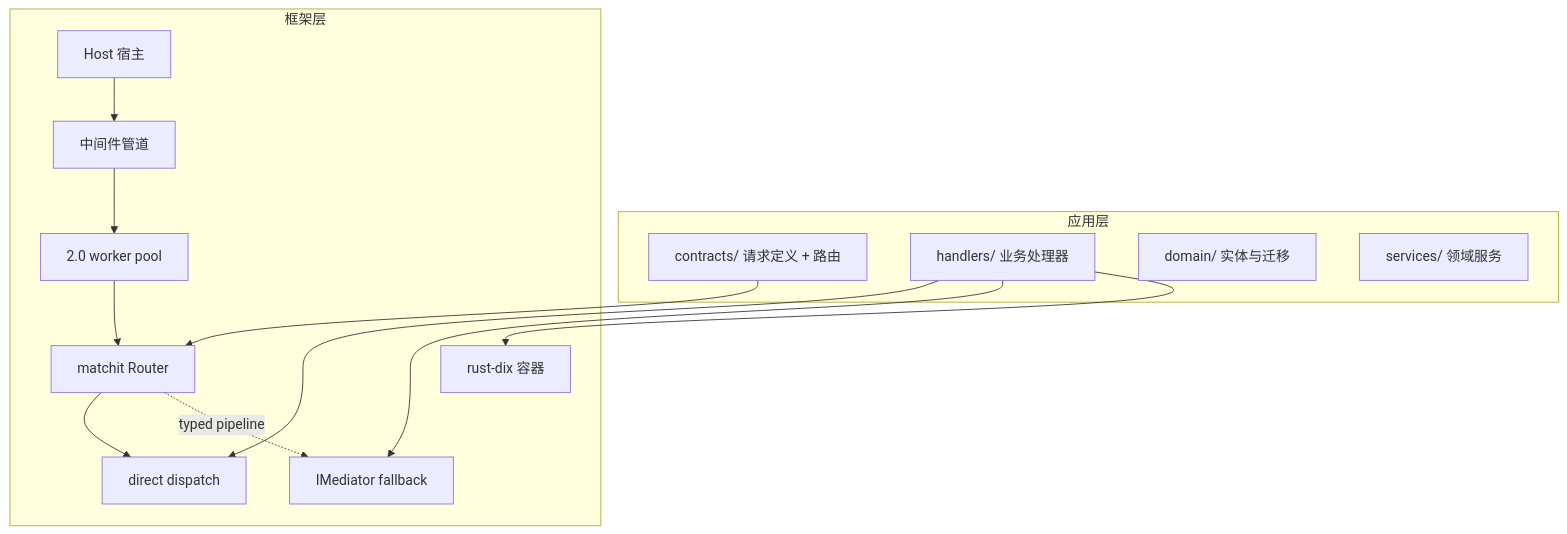
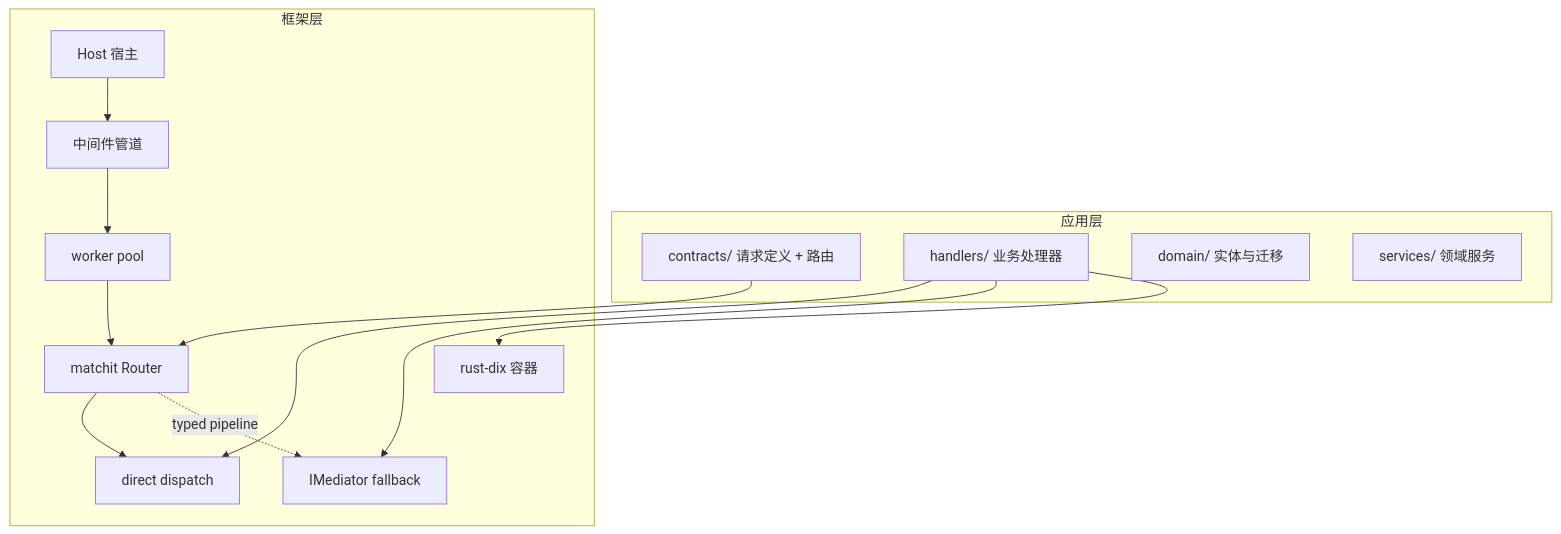
The diagram in docs/rust-webx/01-introduction/what-is-rust-webx.md (Rust-Framework/rust-webx), drawn with Mermaid before and after one commit. The commit also changed other lines of this file and 81 other files, not shown here.

````diff
--- a/docs/rust-webx/01-introduction/what-is-rust-webx.md
+++ b/docs/rust-webx/01-introduction/what-is-rust-webx.md
@@ -32,27 +32,27 @@
 ```mermaid
 graph TB
     subgraph 应用层
         Contracts[contracts/ 请求定义 + 路由]
         Handlers[handlers/ 业务处理器]
         Domain[domain/ 实体与迁移]
         Services[services/ 领域服务]
     end
 
     subgraph 框架层
         Host[Host 宿主]
         Pipeline[中间件管道]
         Router[matchit Router]
-        Engine[2.0 worker pool]
+        Engine[worker pool]
         Direct[direct dispatch]
         Mediator[IMediator fallback]
         DI[rust-dix 容器]
     end
 
     Contracts --> Router
     Handlers --> Direct
     Handlers --> Mediator
     Handlers --> DI
     Host --> Pipeline --> Engine --> Router
     Router --> Direct
     Router -. typed pipeline .-> Mediator
 ```
````
